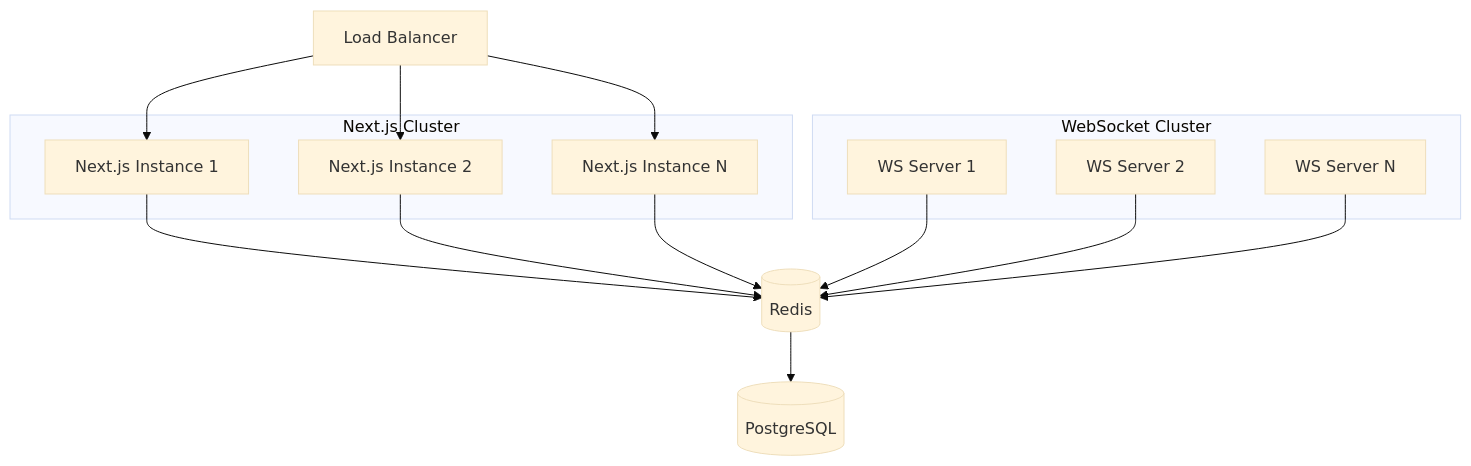
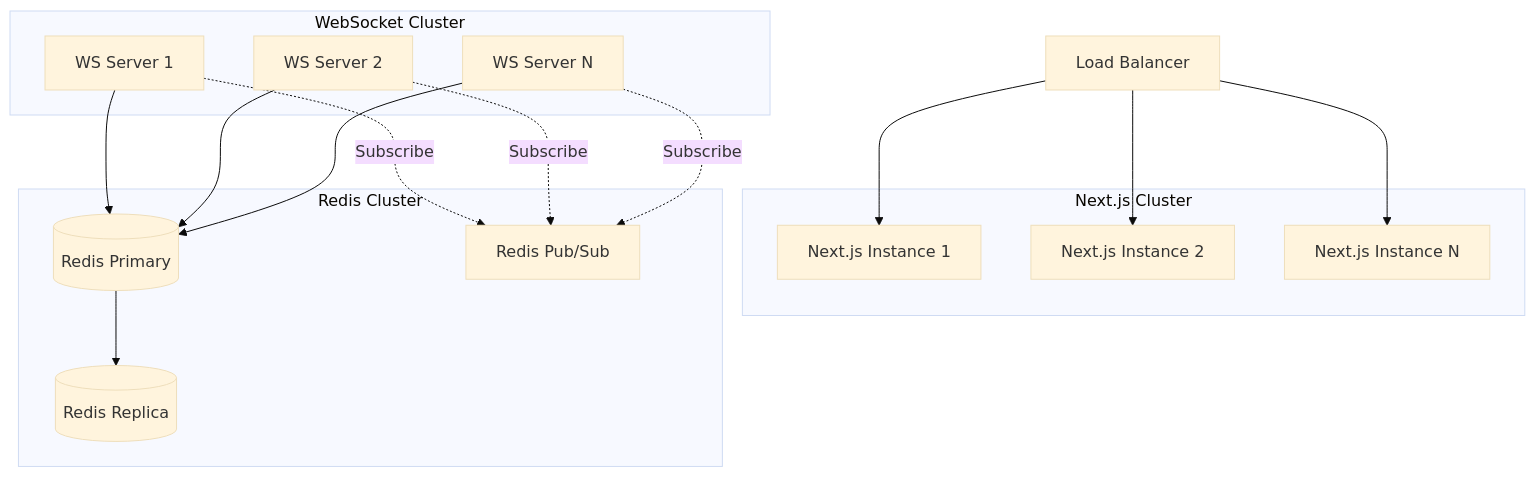
One commit to bezalel6/ban-chess changed the seventh of 9 diagrams in docs/ARCHITECTURE.md. Above: the diagram before and after it, drawn with Mermaid (base theme). The commit also changed other lines of this file and 13 other files, not shown here.

````diff
--- a/docs/ARCHITECTURE.md
+++ b/docs/ARCHITECTURE.md
@@ -328,33 +372,36 @@
 ```mermaid
 graph TB
     LB[Load Balancer]
     
     subgraph "Next.js Cluster"
         Next1[Next.js Instance 1]
         Next2[Next.js Instance 2]
         NextN[Next.js Instance N]
     end
     
     subgraph "WebSocket Cluster"
         WS1[WS Server 1]
         WS2[WS Server 2]
         WSN[WS Server N]
     end
     
-    Redis[(Redis)]
-    DB[(PostgreSQL)]
+    subgraph "Redis Cluster"
+        Redis[(Redis Primary)]
+        RedisSub[Redis Pub/Sub]
+        RedisReplica[(Redis Replica)]
+    end
     
     LB --> Next1
     LB --> Next2
     LB --> NextN
     
-    Next1 --> Redis
-    Next2 --> Redis
-    NextN --> Redis
-    
     WS1 --> Redis
     WS2 --> Redis
     WSN --> Redis
     
-    Redis --> DB
+    WS1 -.->|Subscribe| RedisSub
+    WS2 -.->|Subscribe| RedisSub
+    WSN -.->|Subscribe| RedisSub
+    
+    Redis --> RedisReplica
 ```
````
